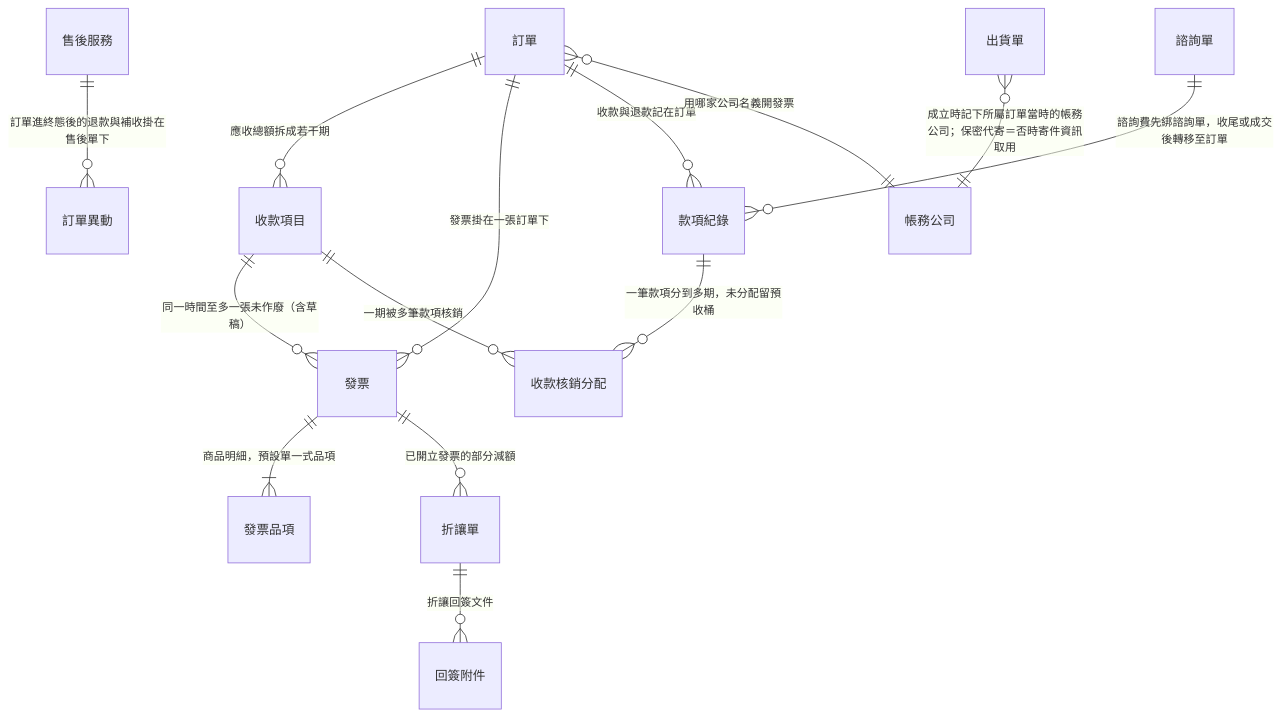
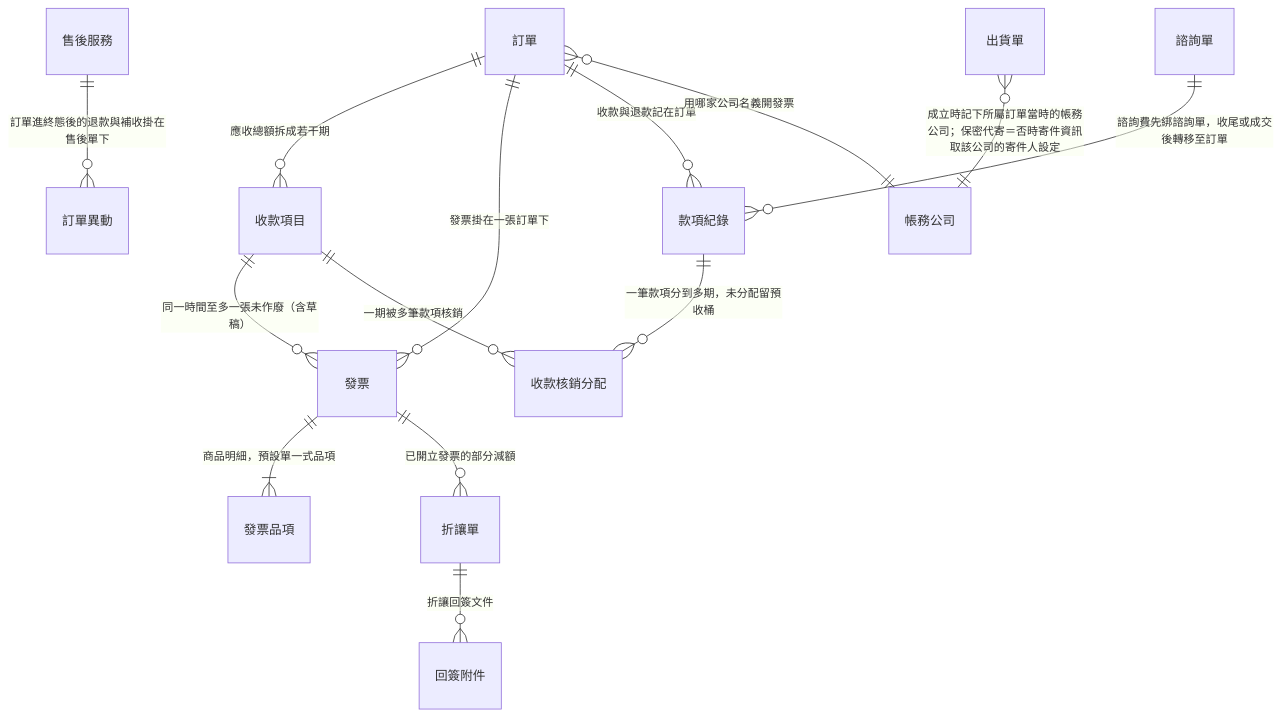
Before and after one commit to Kawato-Miles/erp-spec: the second of 9 diagrams in memory/Sens_wiki/wiki/erp/05-entities/ERP 資料結構總覽.md, drawn with Mermaid. The commit also changed other lines of this file and 51 other files, not shown here.

````diff
--- a/memory/Sens_wiki/wiki/erp/05-entities/ERP 資料結構總覽.md
+++ b/memory/Sens_wiki/wiki/erp/05-entities/ERP 資料結構總覽.md
@@ -77,16 +78,16 @@
 ```mermaid
 erDiagram
     "訂單" ||--o{ "收款項目" : "應收總額拆成若干期"
     "收款項目" ||--o{ "發票" : "同一時間至多一張未作廢（含草稿）"
     "訂單" ||--o{ "發票" : "發票掛在一張訂單下"
     "發票" ||--|{ "發票品項" : "商品明細，預設單一式品項"
     "發票" ||--o{ "折讓單" : "已開立發票的部分減額"
     "折讓單" ||--o{ "回簽附件" : "折讓回簽文件"
     "訂單" ||--o{ "款項紀錄" : "收款與退款記在訂單"
     "諮詢單" ||--o{ "款項紀錄" : "諮詢費先綁諮詢單，收尾或成交後轉移至訂單"
     "款項紀錄" ||--o{ "收款核銷分配" : "一筆款項分到多期，未分配留預收桶"
     "收款項目" ||--o{ "收款核銷分配" : "一期被多筆款項核銷"
     "售後服務" ||--o{ "訂單異動" : "訂單進終態後的退款與補收掛在售後單下"
     "訂單" }o--|| "帳務公司" : "用哪家公司名義開發票"
-    "出貨單" }o--|| "帳務公司" : "成立時記下所屬訂單當時的帳務公司；保密代寄＝否時寄件資訊取用"
+    "出貨單" }o--|| "帳務公司" : "成立時記下所屬訂單當時的帳務公司；保密代寄＝否時寄件資訊取該公司的寄件人設定"
 ```
````
